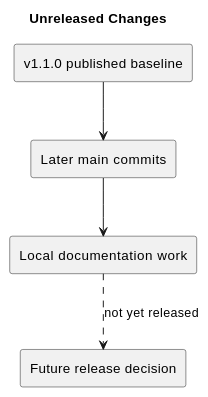
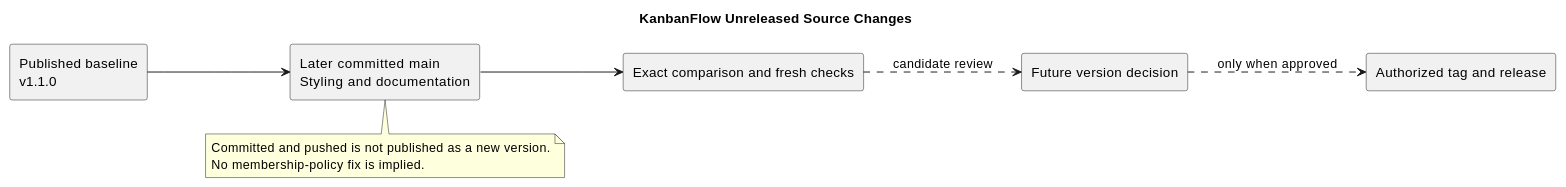
The diagram in docs/Releases/unreleased.md (Farhad-Valizadegan/Web-KanbanFlow), drawn with PlantUML before and after one commit. The commit also changed other lines of this file and 2 other files, not shown here.

Commit message:
docs: refresh unreleased inventory and source snapshot evidence

````diff
--- a/docs/Releases/unreleased.md
+++ b/docs/Releases/unreleased.md
@@ -25,12 +119,19 @@
 ```plantuml
 @startuml
-title Unreleased Changes
-rectangle "v1.1.0 published baseline" as B
-rectangle "Later main commits" as M
-rectangle "Local documentation work" as L
-rectangle "Future release decision" as R
+title KanbanFlow Unreleased Source Changes
+left to right direction
+rectangle "Published baseline\nv1.1.0" as B
+rectangle "Later committed main\nStyling and documentation" as M
+rectangle "Exact comparison and fresh checks" as C
+rectangle "Future version decision" as V
+rectangle "Authorized tag and release" as R
 B --> M
-M --> L
-L ..> R : not yet released
+M --> C
+C ..> V : candidate review
+V ..> R : only when approved
+note bottom of M
+Committed and pushed is not published as a new version.
+No membership-policy fix is implied.
+end note
 @enduml
 ```
````
